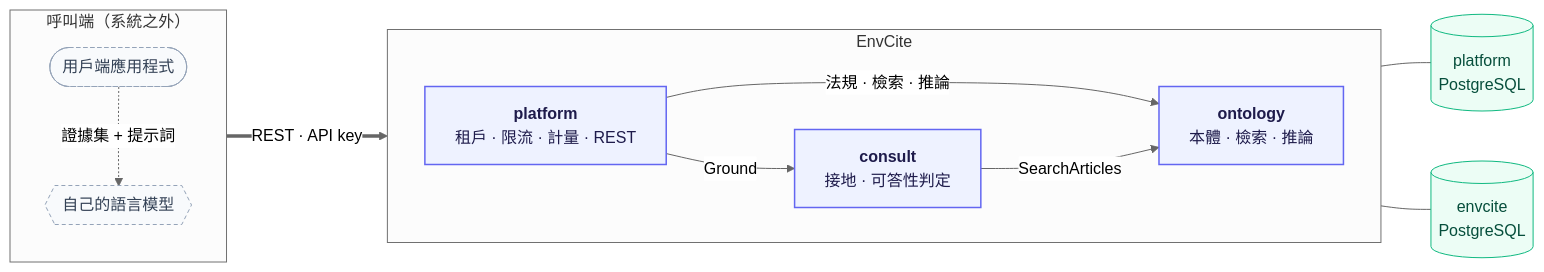
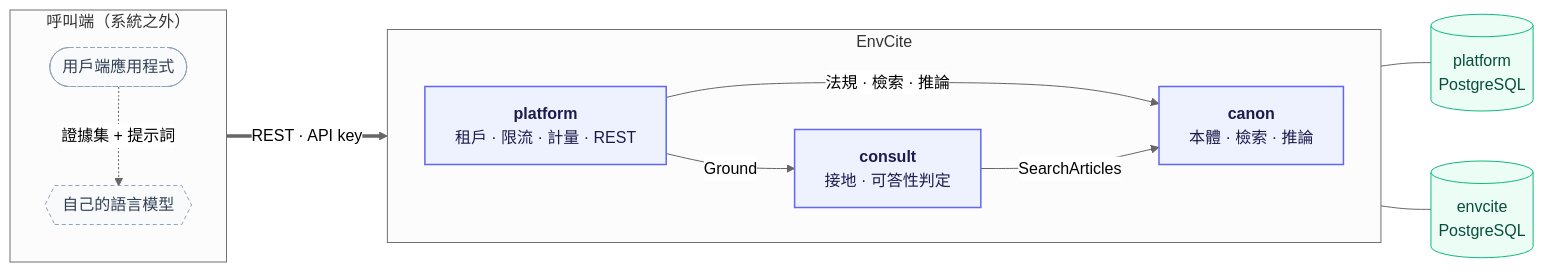
Before and after one commit to elihu0211/envcite: the first of 2 diagrams in proto/README.md, drawn with Mermaid (neutral theme). The commit also changed other lines of this file and 898 other files, not shown here.

First line of the commit message:
refactor(canon): rename the ontology service to canon (#206)

````diff
--- a/proto/README.md
+++ b/proto/README.md
@@ -27,38 +27,38 @@
 ```mermaid
 ---
 config:
   flowchart:
     curve: basis
 ---
 flowchart LR
     subgraph caller["呼叫端（系統之外）"]
         direction TB
         client(["用戶端應用程式"])
         llm{{"自己的語言模型"}}
     end
 
     subgraph envcite["EnvCite"]
         direction LR
         platform["<b>platform</b><br/>租戶 · 限流 · 計量 · REST"]
         consult["<b>consult</b><br/>接地 · 可答性判定"]
-        ontology["<b>ontology</b><br/>本體 · 檢索 · 推論"]
+        canon["<b>canon</b><br/>本體 · 檢索 · 推論"]
     end
 
     pg1[("platform<br/>PostgreSQL")]
     pg2[("envcite<br/>PostgreSQL")]
 
     client ==>|"REST · API key"| platform
     platform -->|"Ground"| consult
-    platform -->|"法規 · 檢索 · 推論"| ontology
-    consult -->|"SearchArticles"| ontology
+    platform -->|"法規 · 檢索 · 推論"| canon
+    consult -->|"SearchArticles"| canon
     platform --- pg1
-    ontology --- pg2
+    canon --- pg2
     client -.->|"證據集 + 提示詞"| llm
 
     classDef svc fill:#eef2ff,stroke:#6366f1,stroke-width:1.5px,color:#1e1b4b
     classDef store fill:#ecfdf5,stroke:#10b981,color:#064e3b
     classDef ext fill:#f8fafc,stroke:#94a3b8,stroke-dasharray:4 3,color:#334155
-    class platform,consult,ontology svc
+    class platform,consult,canon svc
     class pg1,pg2 store
     class client,llm ext
 ```
````
